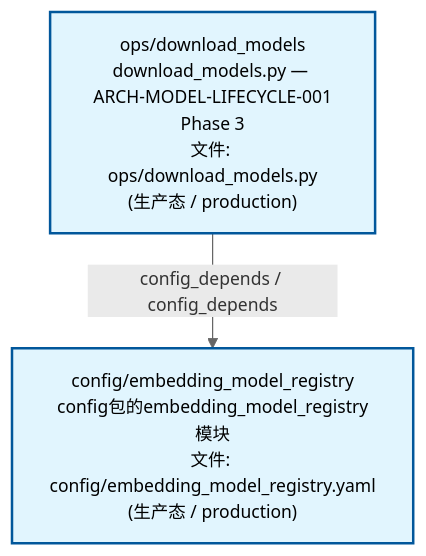
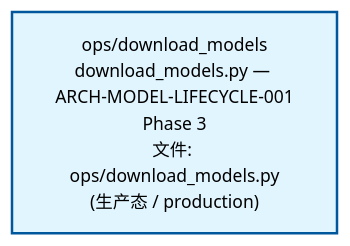
One commit to xuanFelixVan/ZephyrAlpha changed the second of 2 diagrams in docs/02_enterprise_architecture/02_domain_architecture_docs/04_d_infra_ops.md. Above: the diagram before and after it, drawn with Mermaid. The commit also changed other lines of this file and 47 other files, not shown here.

````diff
--- a/docs/02_enterprise_architecture/02_domain_architecture_docs/04_d_infra_ops.md
+++ b/docs/02_enterprise_architecture/02_domain_architecture_docs/04_d_infra_ops.md
@@ -73,12 +68,10 @@
 ```mermaid
 %%{init: {'theme': 'base', 'themeVariables': {'primaryColor': '#eaeaea', 'primaryTextColor': '#333333', 'primaryBorderColor': '#666666', 'lineColor': '#666666', 'secondaryColor': '#eaeaea', 'tertiaryColor': '#eaeaea', 'fontSize': '14px'}}}%%
 flowchart TD
     scripts_ops_download_models_py["ops/download_models<br/>download_models.py — ARCH-MODEL-LIFECYCLE-001<br/>Phase 3<br/>文件: ops/download_models.py<br/>(生产态 / production)"]
-    config_embedding_model_registry_yaml["config/embedding_model_registry<br/>config包的embedding_model_registry模块<br/>文件: config/embedding_model_registry.yaml<br/>(生产态 / production)"]
-    scripts_ops_download_models_py -->|config_depends / config_depends| config_embedding_model_registry_yaml
     classDef production fill:#e1f5fe,stroke:#01579b,stroke-width:2px,color:#000
     classDef design fill:#fff3e0,stroke:#e65100,stroke-width:2px,color:#000,stroke-dasharray: 5 5
     classDef external_prod fill:#e8f4fd,stroke:#0277bd,stroke-width:1px,color:#000
     classDef external_design fill:#fff8e7,stroke:#ef6c00,stroke-width:1px,color:#000,stroke-dasharray: 5 5
-    class config_embedding_model_registry_yaml,scripts_ops_download_models_py production
+    class scripts_ops_download_models_py production
 ```
````
